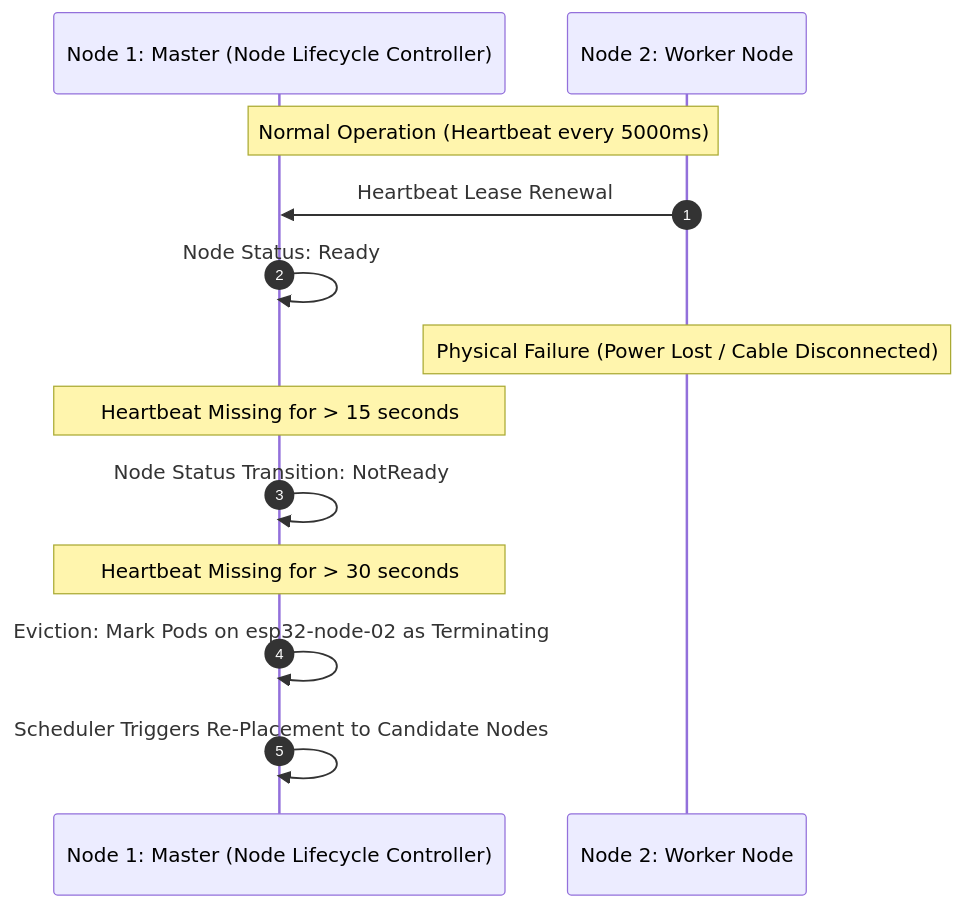
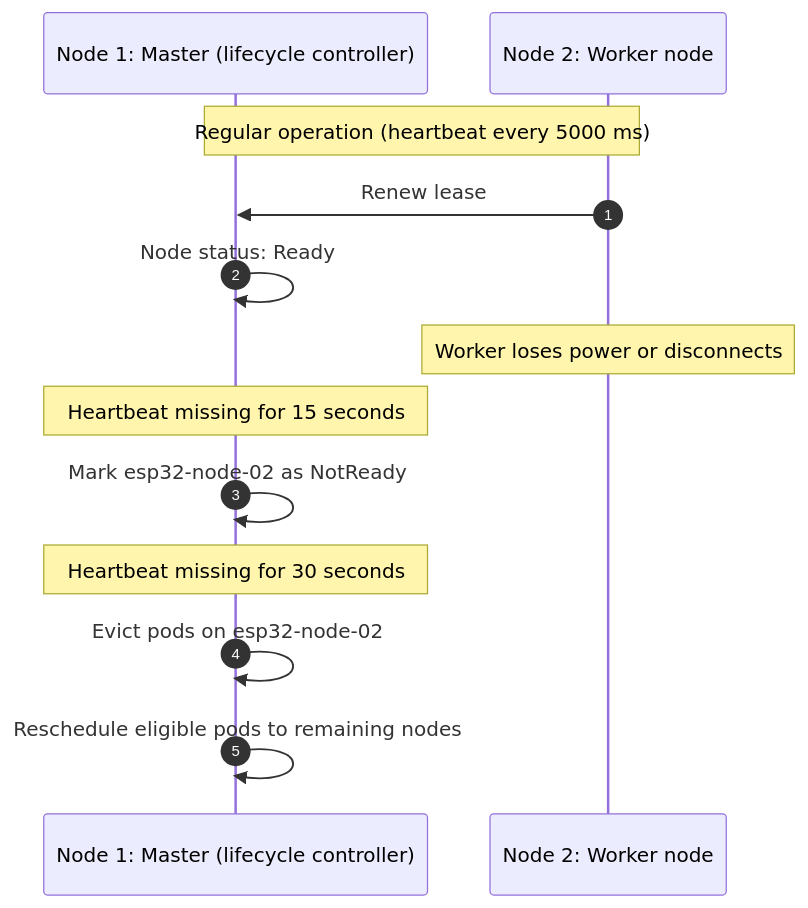
The second of 2 diagrams in docs/workloads/resource-limits.md (arterialist/kube32), drawn with Mermaid before and after one commit. The commit also changed other lines of this file and 16 other files, not shown here.

````diff
--- a/docs/workloads/resource-limits.md
+++ b/docs/workloads/resource-limits.md
@@ -92,17 +98,17 @@
 ```mermaid
 sequenceDiagram
     autonumber
-    participant N1 as Node 1: Master (Node Lifecycle Controller)
-    participant N2 as Node 2: Worker Node
+    participant N1 as Node 1: Master (lifecycle controller)
+    participant N2 as Node 2: Worker node
 
-    Note over N1,N2: Normal Operation (Heartbeat every 5000ms)
-    N2->>N1: Heartbeat Lease Renewal
-    N1->>N1: Node Status: Ready
+    Note over N1,N2: Regular operation (heartbeat every 5000 ms)
+    N2->>N1: Renew lease
+    N1->>N1: Node status: Ready
 
-    Note over N2: Physical Failure (Power Lost / Cable Disconnected)
-    Note over N1: Heartbeat Missing for > 15 seconds
-    N1->>N1: Node Status Transition: NotReady
-    Note over N1: Heartbeat Missing for > 30 seconds
-    N1->>N1: Eviction: Mark Pods on esp32-node-02 as Terminating
-    N1->>N1: Scheduler Triggers Re-Placement to Candidate Nodes
+    Note over N2: Worker loses power or disconnects
+    Note over N1: Heartbeat missing for 15 seconds
+    N1->>N1: Mark esp32-node-02 as NotReady
+    Note over N1: Heartbeat missing for 30 seconds
+    N1->>N1: Evict pods on esp32-node-02
+    N1->>N1: Reschedule eligible pods to remaining nodes
 ```
````
